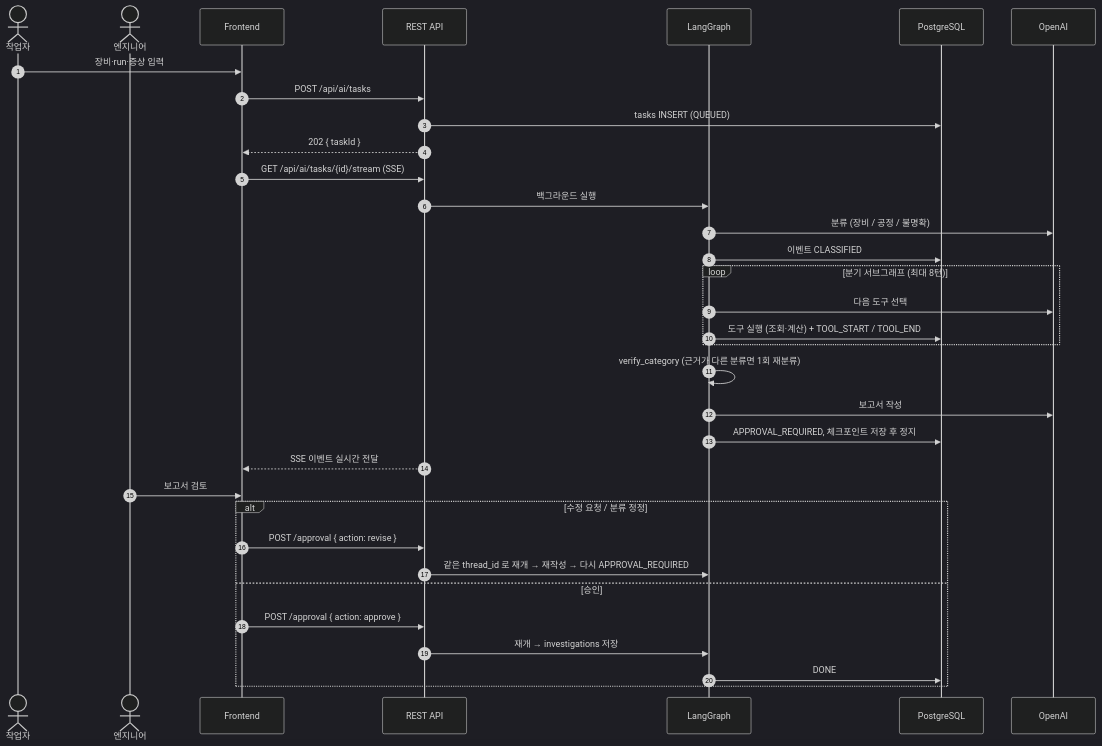
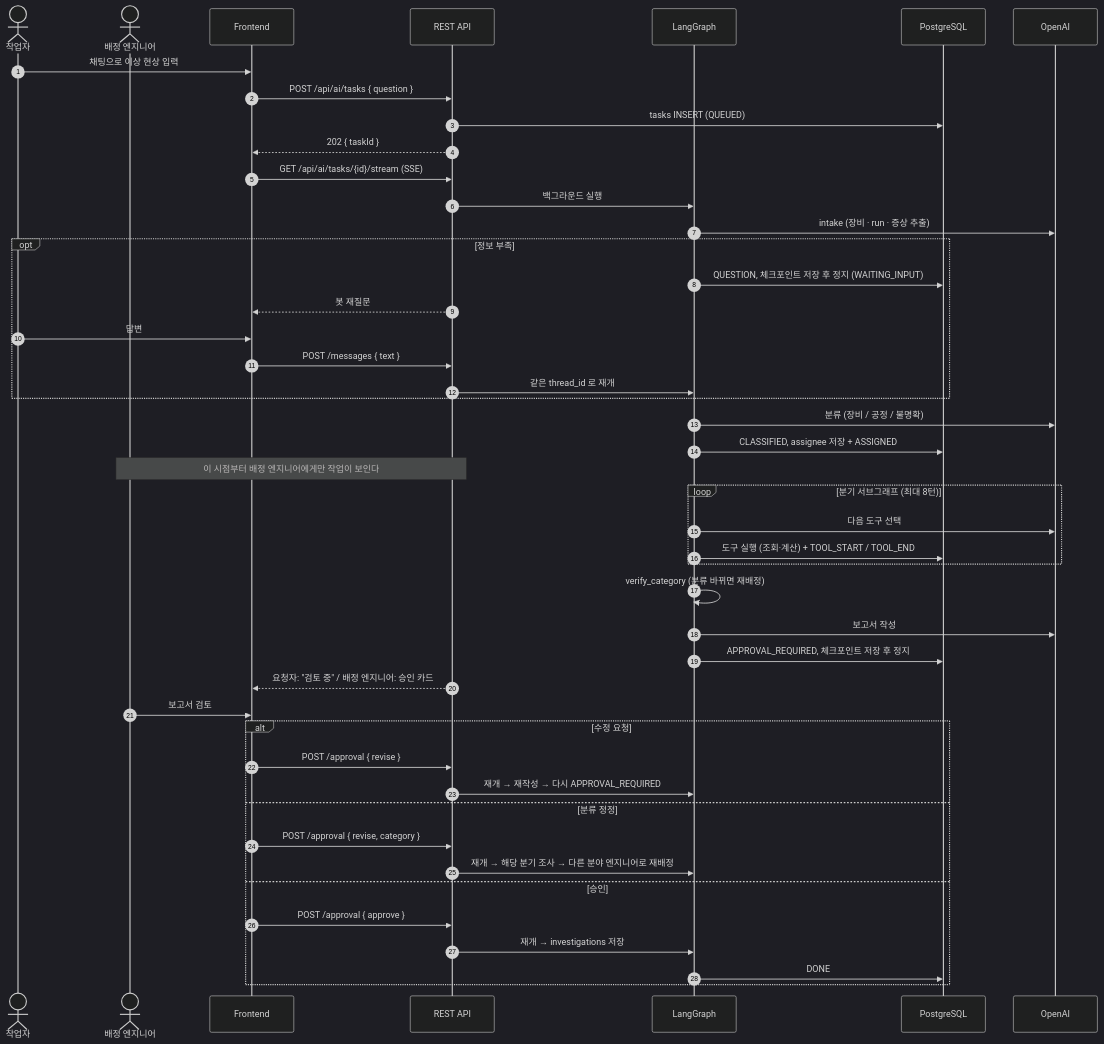
One commit to meotjin-girl/etch-trace changed the second of 3 diagrams in docs/architecture.md. Above: the diagram before and after it, drawn with Mermaid (dark theme). The commit also changed other lines of this file and 3 other files, not shown here.

````diff
--- a/docs/architecture.md
+++ b/docs/architecture.md
@@ -49,37 +52,49 @@
 ```mermaid
 sequenceDiagram
   autonumber
   actor W as 작업자
-  actor E as 엔지니어
+  actor E as 배정 엔지니어
   participant FE as Frontend
   participant API as REST API
   participant G as LangGraph
   participant DB as PostgreSQL
   participant L as OpenAI
 
-  W->>FE: 장비·run·증상 입력
-  FE->>API: POST /api/ai/tasks
+  W->>FE: 채팅으로 이상 현상 입력
+  FE->>API: POST /api/ai/tasks { question }
   API->>DB: tasks INSERT (QUEUED)
   API-->>FE: 202 { taskId }
   FE->>API: GET /api/ai/tasks/{id}/stream (SSE)
   API->>G: 백그라운드 실행
+  G->>L: intake (장비 · run · 증상 추출)
+  opt 정보 부족
+    G->>DB: QUESTION, 체크포인트 저장 후 정지 (WAITING_INPUT)
+    API-->>FE: 봇 재질문
+    W->>FE: 답변
+    FE->>API: POST /messages { text }
+    API->>G: 같은 thread_id 로 재개
+  end
   G->>L: 분류 (장비 / 공정 / 불명확)
-  G->>DB: 이벤트 CLASSIFIED
+  G->>DB: CLASSIFIED, assignee 저장 + ASSIGNED
+  Note over E,API: 이 시점부터 배정 엔지니어에게만 작업이 보인다
   loop 분기 서브그래프 (최대 8턴)
     G->>L: 다음 도구 선택
     G->>DB: 도구 실행 (조회·계산) + TOOL_START / TOOL_END
   end
-  G->>G: verify_category (근거가 다른 분류면 1회 재분류)
+  G->>G: verify_category (분류 바뀌면 재배정)
   G->>L: 보고서 작성
   G->>DB: APPROVAL_REQUIRED, 체크포인트 저장 후 정지
-  API-->>FE: SSE 이벤트 실시간 전달
+  API-->>FE: 요청자: "검토 중" / 배정 엔지니어: 승인 카드
   E->>FE: 보고서 검토
-  alt 수정 요청 / 분류 정정
-    FE->>API: POST /approval { action: revise }
-    API->>G: 같은 thread_id 로 재개 → 재작성 → 다시 APPROVAL_REQUIRED
+  alt 수정 요청
+    FE->>API: POST /approval { revise }
+    API->>G: 재개 → 재작성 → 다시 APPROVAL_REQUIRED
+  else 분류 정정
+    FE->>API: POST /approval { revise, category }
+    API->>G: 재개 → 해당 분기 조사 → 다른 분야 엔지니어로 재배정
   else 승인
-    FE->>API: POST /approval { action: approve }
+    FE->>API: POST /approval { approve }
     API->>G: 재개 → investigations 저장
     G->>DB: DONE
   end
 ```
````
